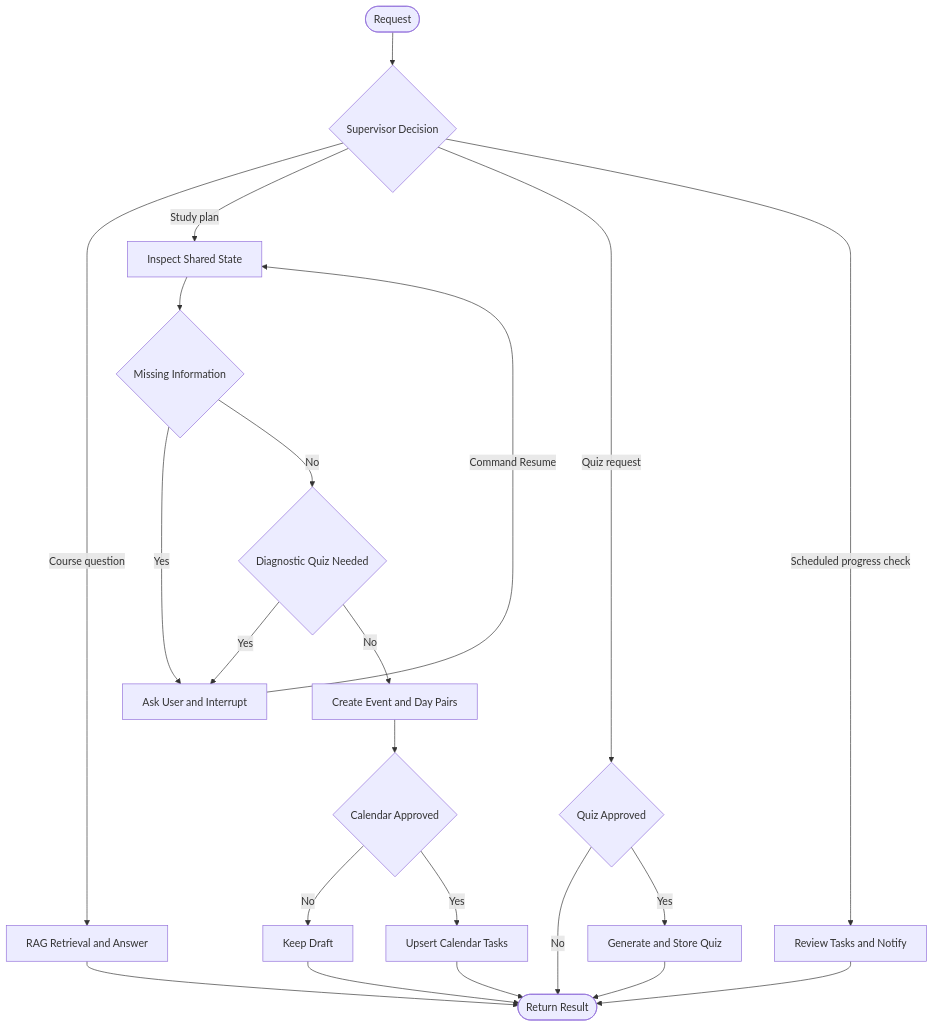
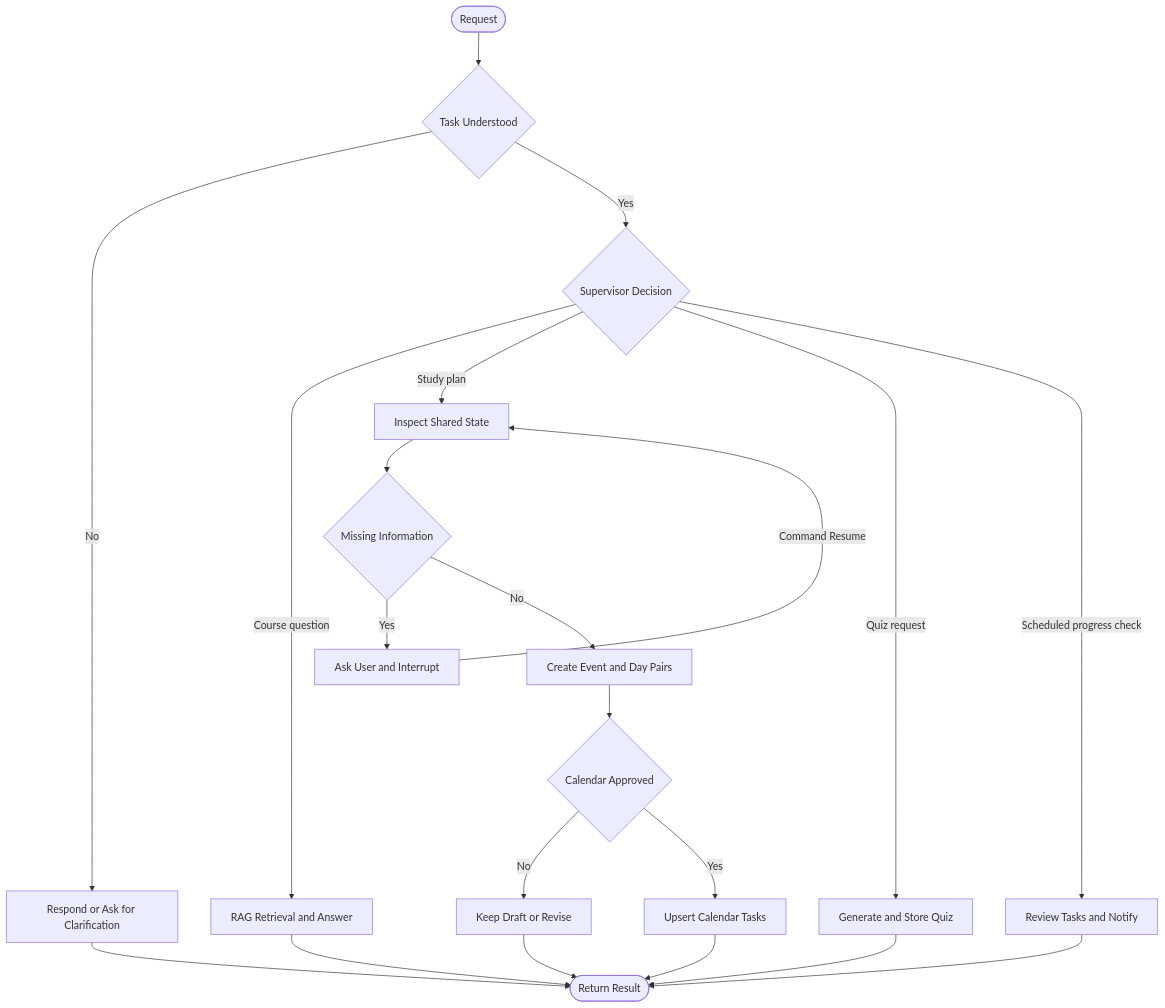
One commit to majedco03/Nahaj changed the second of 2 diagrams in README.md. Above: the diagram before and after it, drawn with Mermaid. The commit also changed other lines of this file and 23 other files, not shown here.

````diff
--- a/README.md
+++ b/README.md
@@ -86,28 +88,27 @@
 ```mermaid
 flowchart TD
-    Start([Request]) --> Supervisor{Supervisor Decision}
+    Start([Request]) --> Communication{Task Understood}
+    Communication -->|No| Clarify[Respond or Ask for Clarification]
+    Communication -->|Yes| Supervisor{Supervisor Decision}
+    Clarify --> Done
 
     Supervisor -->|Course question| RAG[RAG Retrieval and Answer]
     RAG --> Done([Return Result])
 
     Supervisor -->|Study plan| Plan[Inspect Shared State]
     Plan --> Missing{Missing Information}
     Missing -->|Yes| Approval[Ask User and Interrupt]
     Approval -->|Command Resume| Plan
-    Missing -->|No| Concern{Diagnostic Quiz Needed}
-    Concern -->|Yes| Approval
-    Concern -->|No| Draft[Create Event and Day Pairs]
+    Missing -->|No| Draft[Create Event and Day Pairs]
     Draft --> Calendar{Calendar Approved}
-    Calendar -->|No| Keep[Keep Draft]
+    Calendar -->|No| Keep[Keep Draft or Revise]
     Calendar -->|Yes| Tasks[Upsert Calendar Tasks]
     Keep --> Done
     Tasks --> Done
 
-    Supervisor -->|Quiz request| QuizApproval{Quiz Approved}
-    QuizApproval -->|No| Done
-    QuizApproval -->|Yes| Quiz[Generate and Store Quiz]
+    Supervisor -->|Quiz request| Quiz[Generate and Store Quiz]
     Quiz --> Done
 
     Supervisor -->|Scheduled progress check| Progress[Review Tasks and Notify]
     Progress --> Done
 ```
````
